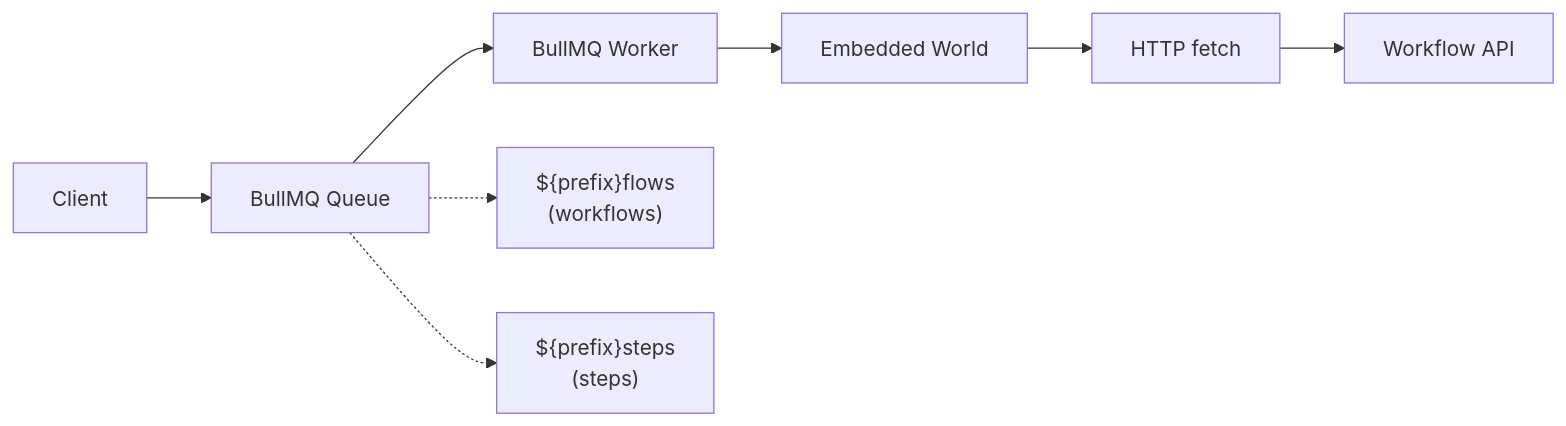
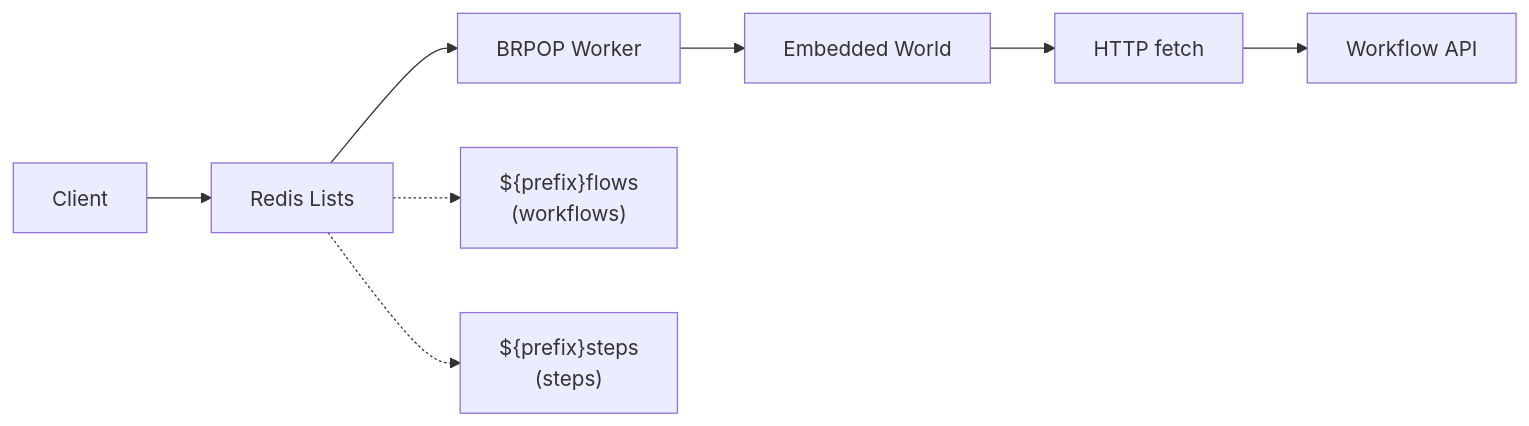
One commit to vinnymac/worlds changed the first of 2 diagrams in packages/world-redis/HOW_IT_WORKS.md. Above: the diagram before and after it, drawn with Mermaid. The commit also changed other lines of this file and 1 other file, not shown here.

First line of the commit message:
docs(world-redis): fix incorrect BullMQ references

````diff
--- a/packages/world-redis/HOW_IT_WORKS.md
+++ b/packages/world-redis/HOW_IT_WORKS.md
@@ -57,11 +57,11 @@
 ```mermaid
 graph LR
-    Client --> BM[BullMQ Queue]
-    BM --> Worker[BullMQ Worker]
+    Client --> RL[Redis Lists]
+    RL --> Worker[BRPOP Worker]
     Worker --> EW[Embedded World]
     EW --> HTTP[HTTP fetch]
     HTTP --> API[Workflow API]
 
-    BM -.-> F["${prefix}flows<br/>(workflows)"]
-    BM -.-> S["${prefix}steps<br/>(steps)"]
+    RL -.-> F["${prefix}flows<br/>(workflows)"]
+    RL -.-> S["${prefix}steps<br/>(steps)"]
 ```
````
